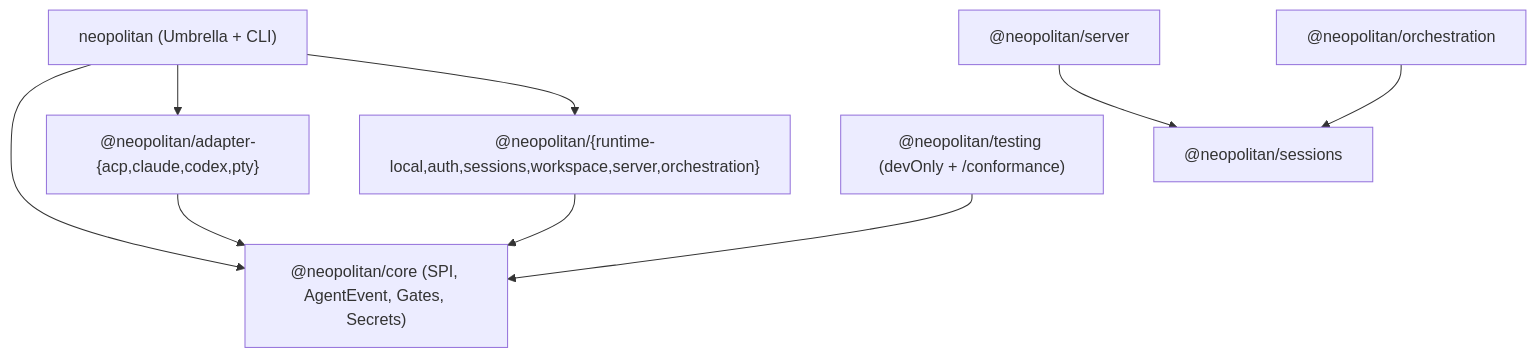
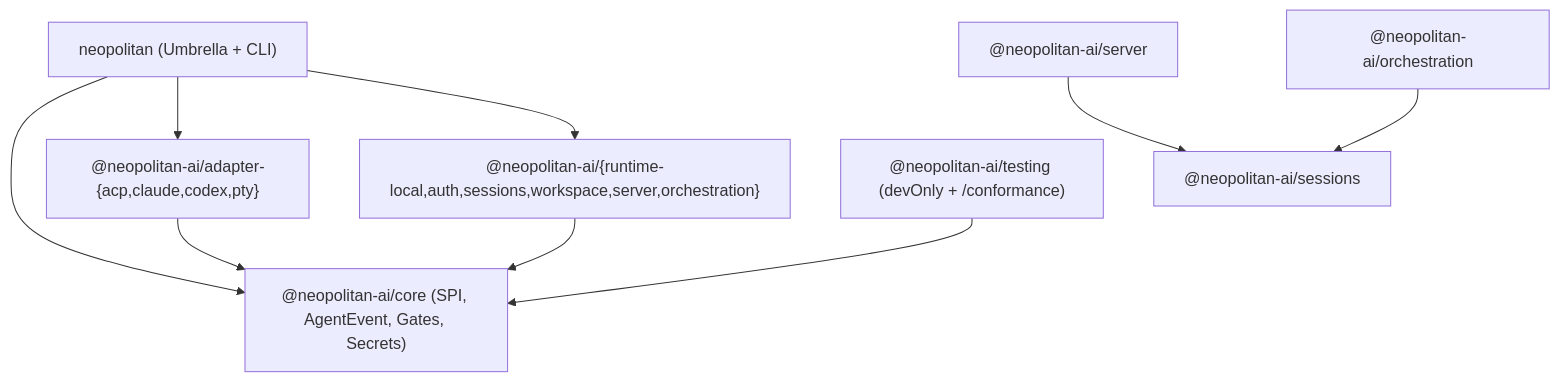
One commit to milesangelo/neopolitan changed the diagram in README.md. Above: the diagram before and after it, drawn with Mermaid. The commit also changed other lines of this file and 106 other files, not shown here.

Commit message:
chore: rename npm scope to @neopolitan-ai/*, add neopolitan-ai umbrella, and harden CI (#7)

````diff
--- a/README.md
+++ b/README.md
@@ -69,11 +69,11 @@
 ```mermaid
 flowchart TD
-  umbrella["neopolitan (Umbrella + CLI)"] --> core["@neopolitan/core (SPI, AgentEvent, Gates, Secrets)"]
-  umbrella --> adapters["@neopolitan/adapter-{acp,claude,codex,pty}"]
-  umbrella --> infra["@neopolitan/{runtime-local,auth,sessions,workspace,server,orchestration}"]
+  umbrella["neopolitan (Umbrella + CLI)"] --> core["@neopolitan-ai/core (SPI, AgentEvent, Gates, Secrets)"]
+  umbrella --> adapters["@neopolitan-ai/adapter-{acp,claude,codex,pty}"]
+  umbrella --> infra["@neopolitan-ai/{runtime-local,auth,sessions,workspace,server,orchestration}"]
   adapters --> core
   infra --> core
-  server["@neopolitan/server"] --> sessions["@neopolitan/sessions"]
-  orch["@neopolitan/orchestration"] --> sessions
-  testing["@neopolitan/testing (devOnly + /conformance)"] --> core
+  server["@neopolitan-ai/server"] --> sessions["@neopolitan-ai/sessions"]
+  orch["@neopolitan-ai/orchestration"] --> sessions
+  testing["@neopolitan-ai/testing (devOnly + /conformance)"] --> core
 ```
````
